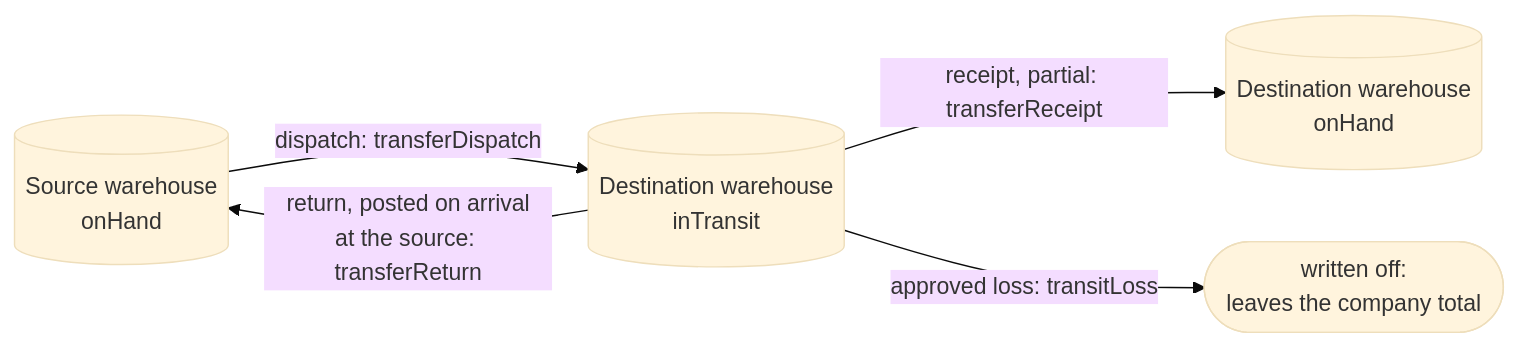
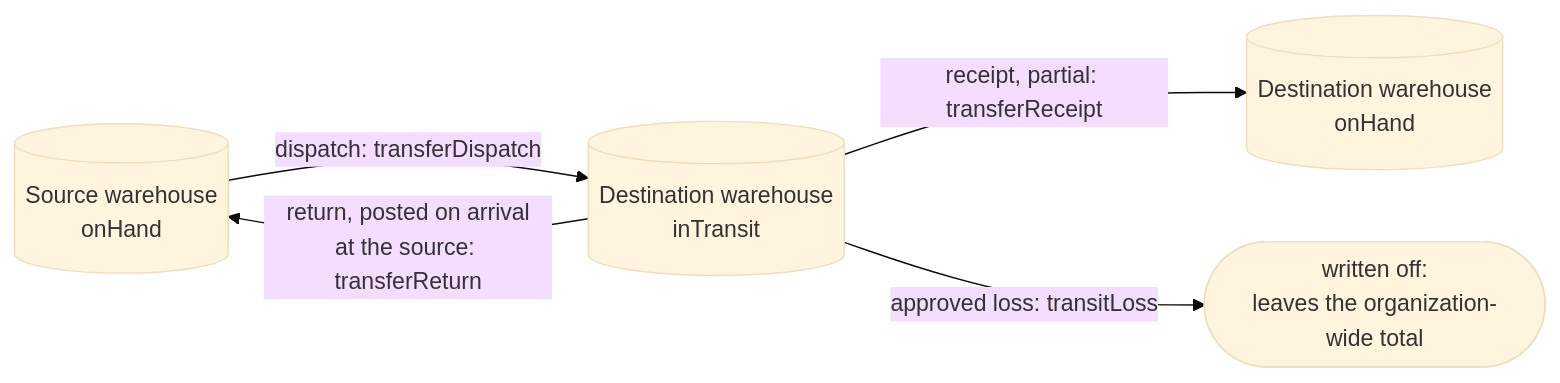
The second of 12 diagrams in docs/12-planning/administration-module-design-flows.md (egycashcompany-ops/egycash), drawn with Mermaid (base theme) before and after one commit. The commit also changed other lines of this file and 3 other files, not shown here.

````diff
--- a/docs/12-planning/administration-module-design-flows.md
+++ b/docs/12-planning/administration-module-design-flows.md
@@ -314,7 +335,7 @@
 ```mermaid
 flowchart LR
     S[("Source warehouse<br/>onHand")] -->|"dispatch: transferDispatch"| T[("Destination warehouse<br/>inTransit")]
     T -->|"receipt, partial: transferReceipt"| D[("Destination warehouse<br/>onHand")]
     T -->|"return, posted on arrival<br/>at the source: transferReturn"| S
-    T -->|"approved loss: transitLoss"| L(["written off:<br/>leaves the company total"])
+    T -->|"approved loss: transitLoss"| L(["written off:<br/>leaves the organization-wide total"])
 ```
````
